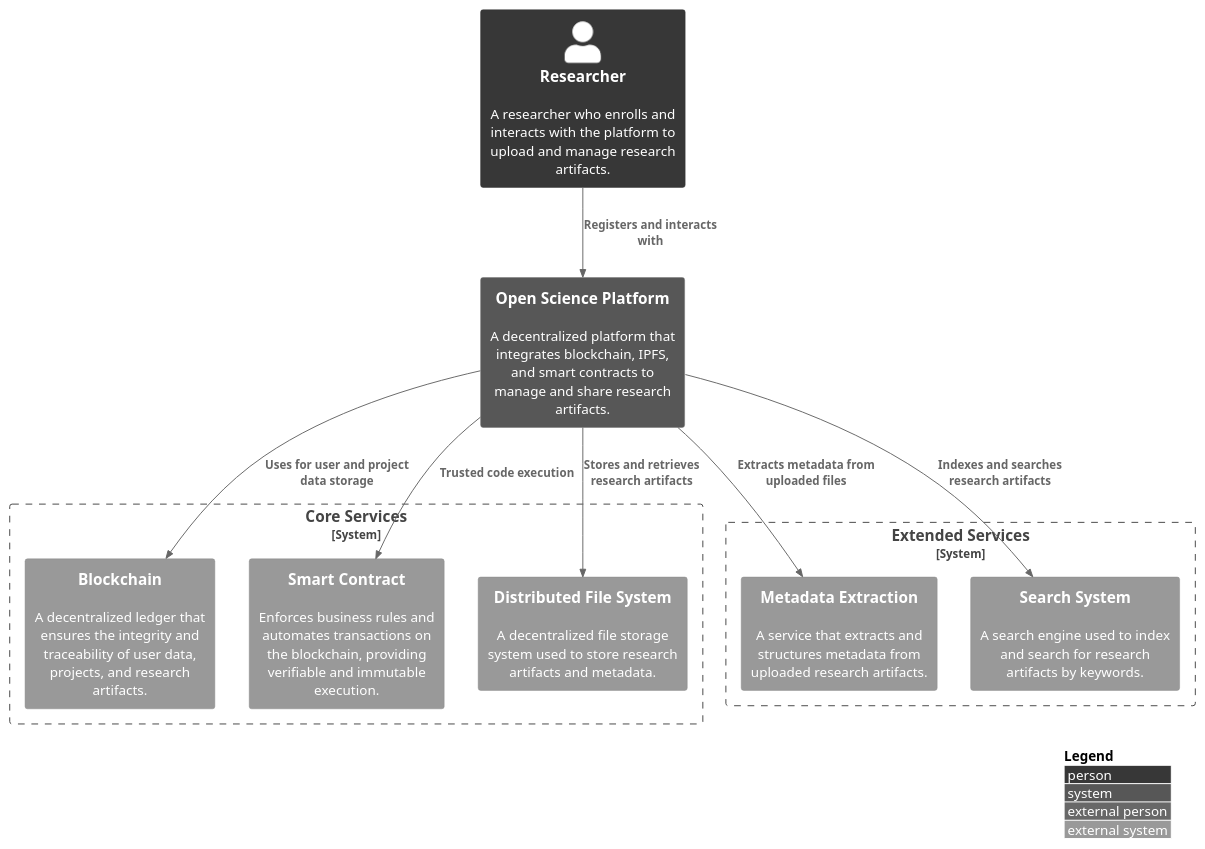
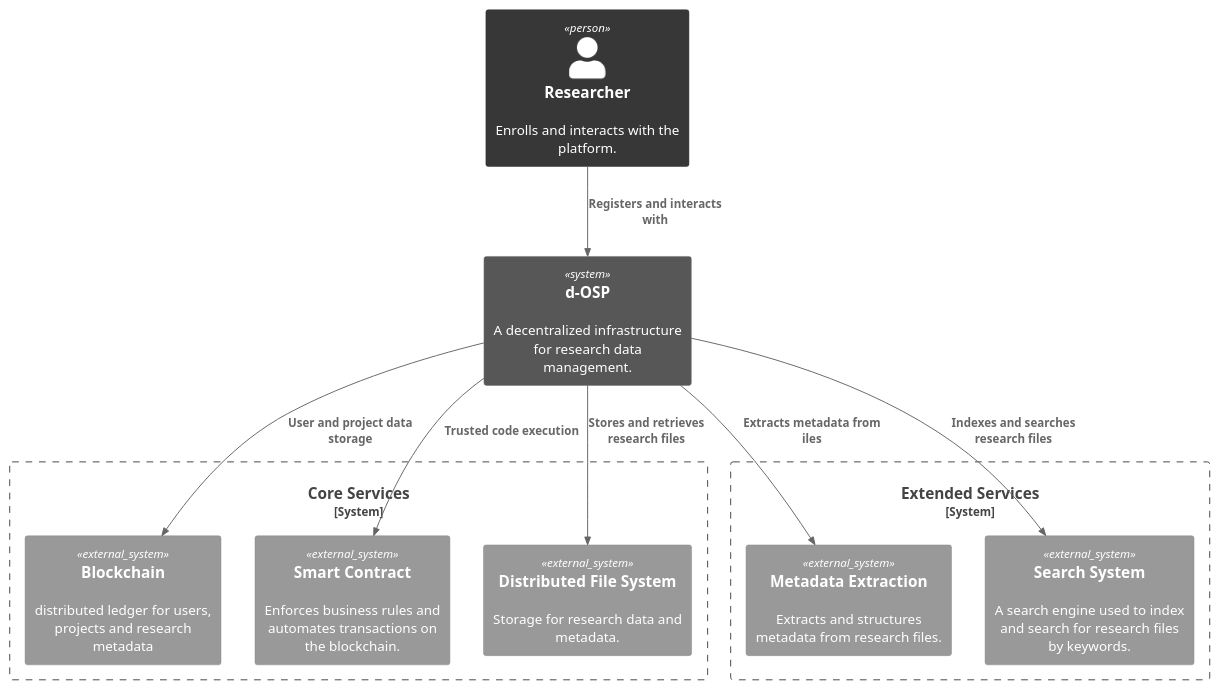
Before and after one commit to OliveiraEdu/d-OSP: the diagram in diagrams/plantUML/c4_context_diagram.wsd, drawn with PlantUML. The commit also changed 14 other files, not shown here.

```diff
--- a/diagrams/plantUML/c4_context_diagram.wsd
+++ b/diagrams/plantUML/c4_context_diagram.wsd
@@ -1,36 +1,36 @@
 @startuml
 
 !include https://raw.githubusercontent.com/plantuml-stdlib/C4-PlantUML/master/C4_Context.puml
 
 skinparam monochrome true
 
-LAYOUT_WITH_LEGEND()
+' LAYOUT_WITH_LEGEND()
 
 ' title System Context Diagram for Open Science Platform
 
-Person(user, "Researcher", "A researcher who enrolls and interacts with the platform to upload and manage research artifacts.")
+Person(user, "Researcher", "Enrolls and interacts with the platform.")
 
-System(open_science_platform, "Open Science Platform", "A decentralized platform that integrates blockchain, IPFS, and smart contracts to manage and share research artifacts.")
+System(open_science_platform, "d-OSP", "A decentralized infrastructure for research data management.")
 
 System_Boundary(open_science_boundary, "Core Services") {
-    System_Ext(blockchain, "Blockchain", "A decentralized ledger that ensures the integrity and traceability of user data, projects, and research artifacts.")
-    System_Ext(smart_contract, "Smart Contract", "Enforces business rules and automates transactions on the blockchain, providing verifiable and immutable execution.")
+    System_Ext(blockchain, "Blockchain", "distributed ledger for users, projects and research metadata")
+    System_Ext(smart_contract, "Smart Contract", "Enforces business rules and automates transactions on the blockchain.")
     
-    System_Ext(ipfs, "Distributed File System", "A decentralized file storage system used to store research artifacts and metadata.")
+    System_Ext(ipfs, "Distributed File System", "Storage for research data and metadata.")
 
 }
 
 
 System_Boundary(metadata_boundary, "Extended Services") {
-    System_Ext(metadata_extraction, "Metadata Extraction", "A service that extracts and structures metadata from uploaded research artifacts.")
-    System_Ext(search_system, "Search System", "A search engine used to index and search for research artifacts by keywords.")
+    System_Ext(metadata_extraction, "Metadata Extraction", "Extracts and structures metadata from research files.")
+    System_Ext(search_system, "Search System", "A search engine used to index and search for research files by keywords.")
 }
 
 
 Rel(user, open_science_platform, "Registers and interacts with")
 Rel(open_science_platform, smart_contract, "Trusted code execution")
-Rel(open_science_platform, blockchain, "Uses for user and project data storage")
-Rel(open_science_platform, ipfs, "Stores and retrieves research artifacts")
-Rel(open_science_platform, metadata_extraction, "Extracts metadata from uploaded files")
-Rel(open_science_platform, search_system, "Indexes and searches research artifacts")
+Rel(open_science_platform, blockchain, "User and project data storage")
+Rel(open_science_platform, ipfs, "Stores and retrieves research files")
+Rel(open_science_platform, metadata_extraction, "Extracts metadata from iles")
+Rel(open_science_platform, search_system, "Indexes and searches research files")
 @enduml
```
